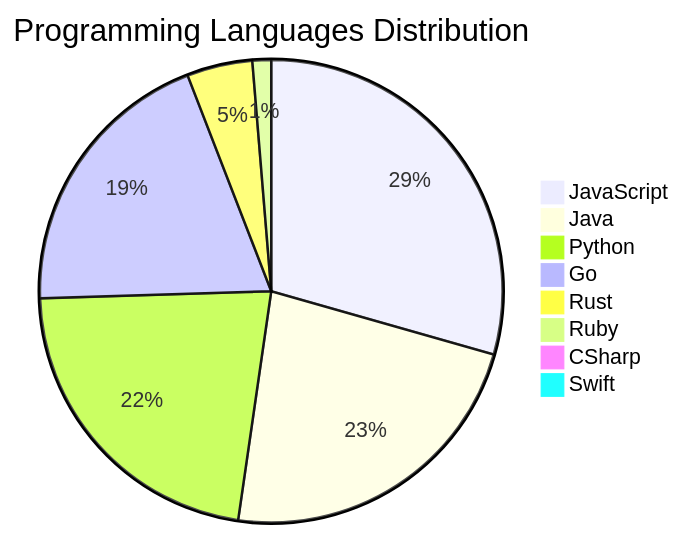
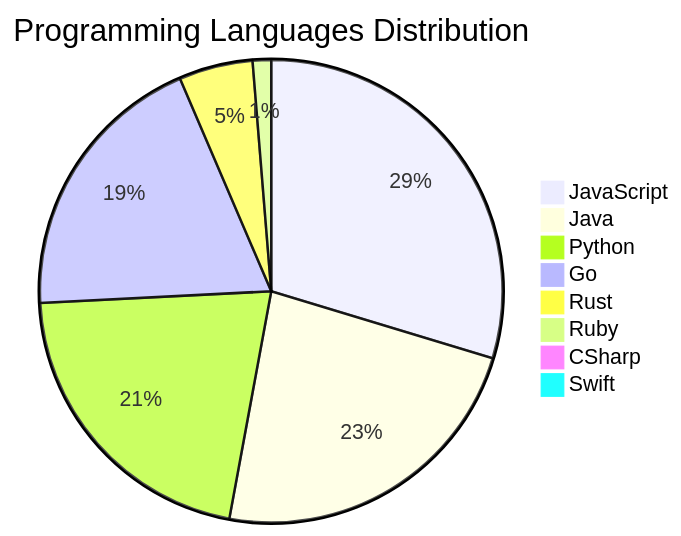
Before and after one commit to Derrick-MUGISHA/github-activity-bot: the diagram in README.md, drawn with Mermaid. The commit also changed other lines of this file and 4 other files, not shown here.

````diff
--- a/README.md
+++ b/README.md
@@ -209,11 +209,11 @@
 ```mermaid
 pie title Programming Languages Distribution
-    "JavaScript" : 45
-    "Java" : 35
-    "Python" : 34
+    "JavaScript" : 46
+    "Java" : 36
+    "Python" : 33
     "Go" : 30
-    "Rust" : 7
+    "Rust" : 8
     "Ruby" : 2
     "CSharp" : 1
     "Swift" : 1
 ```
````
